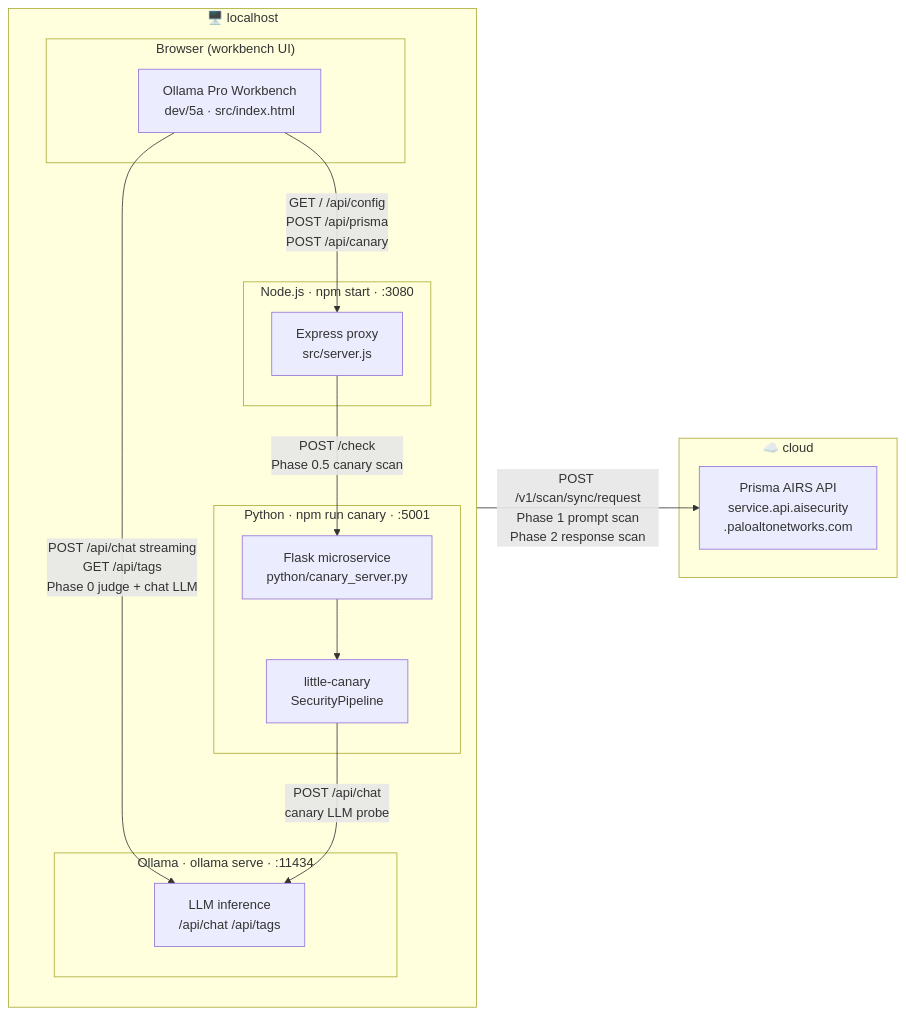
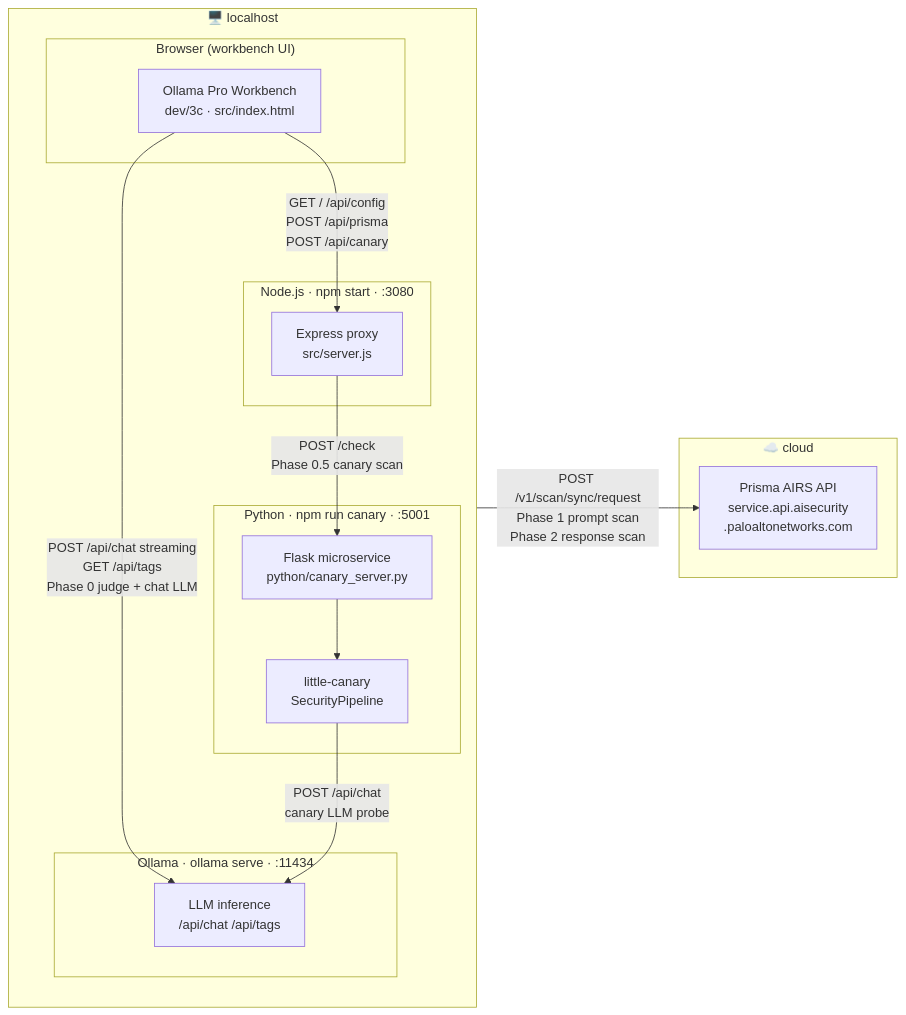
One commit to packetcraft/llm-security-workbench changed the fourth of 4 diagrams in README.md. Above: the diagram before and after it, drawn with Mermaid. The commit also changed other lines of this file and 7 other files, not shown here.

````diff
--- a/README.md
+++ b/README.md
@@ -305,43 +305,43 @@
 ```mermaid
 graph LR
     subgraph LOCAL ["🖥️  localhost"]
         direction TB
 
         subgraph BROWSER ["Browser (workbench UI)"]
-            UI["Ollama Pro Workbench\ndev/5a · src/index.html"]
+            UI["Ollama Pro Workbench\ndev/3c · src/index.html"]
         end
 
         subgraph NODE ["Node.js · npm start · :3080"]
             PROXY["Express proxy\nsrc/server.js"]
         end
 
         subgraph PYTHON ["Python · npm run canary · :5001"]
             FLASK["Flask microservice\npython/canary_server.py"]
             LC["little-canary\nSecurityPipeline"]
             FLASK --> LC
         end
 
         subgraph OLLAMA ["Ollama · ollama serve · :11434"]
             OLL["LLM inference\n/api/chat  /api/tags"]
         end
     end
 
     subgraph CLOUD ["☁️  cloud"]
         AIRS["Prisma AIRS API\nservice.api.aisecurity\n.paloaltonetworks.com"]
     end
 
     %% Browser → Node proxy
     UI -- "GET /  /api/config\nPOST /api/prisma\nPOST /api/canary" --> PROXY
 
     %% Browser → Ollama direct (streaming)
     UI -- "POST /api/chat  streaming\nGET /api/tags\nPhase 0 judge + chat LLM" --> OLL
 
     %% Node → Prisma AIRS (cloud)
     PROXY -- "POST /v1/scan/sync/request\nPhase 1 prompt scan\nPhase 2 response scan" --> AIRS
 
     %% Node → Flask (canary)
     PROXY -- "POST /check\nPhase 0.5 canary scan" --> FLASK
 
     %% Flask → Ollama (canary probe)
     LC -- "POST /api/chat\ncanary LLM probe" --> OLL
 ```
````
